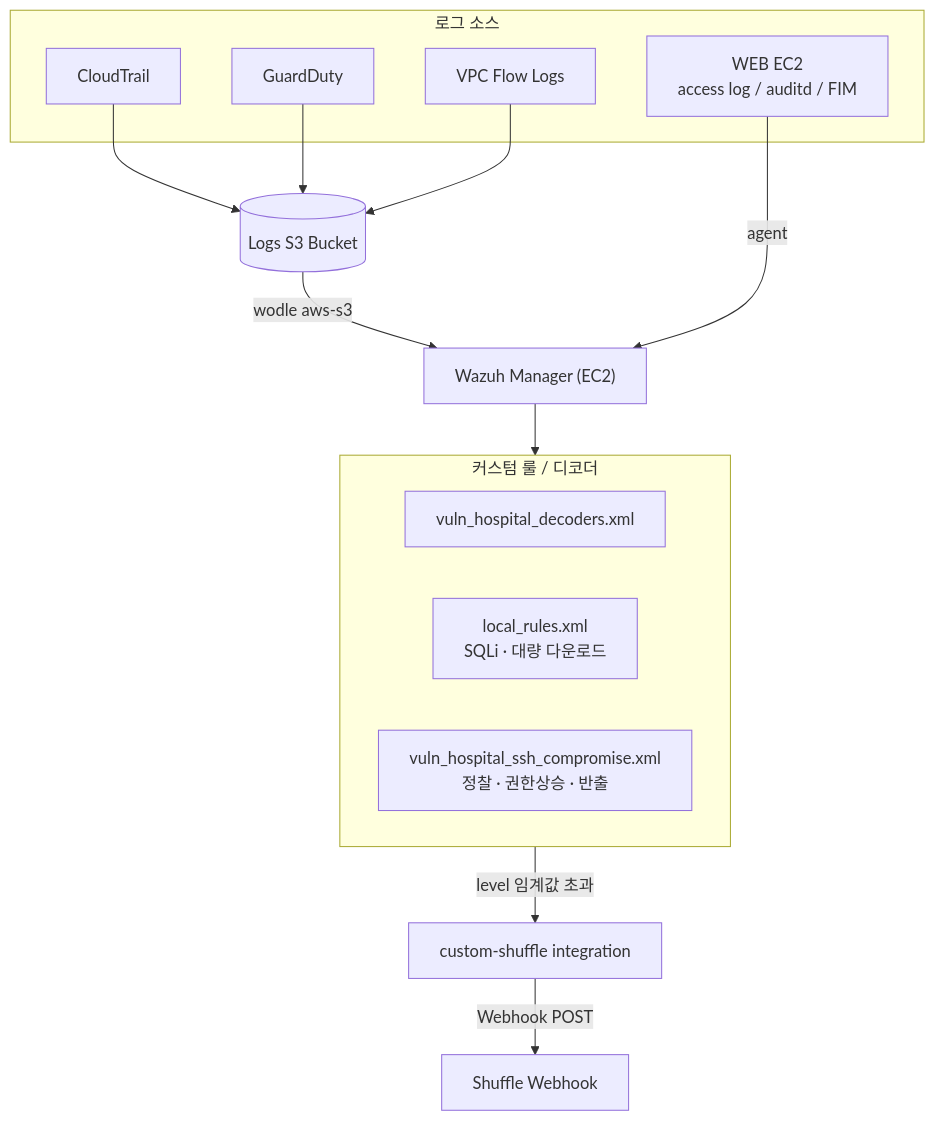
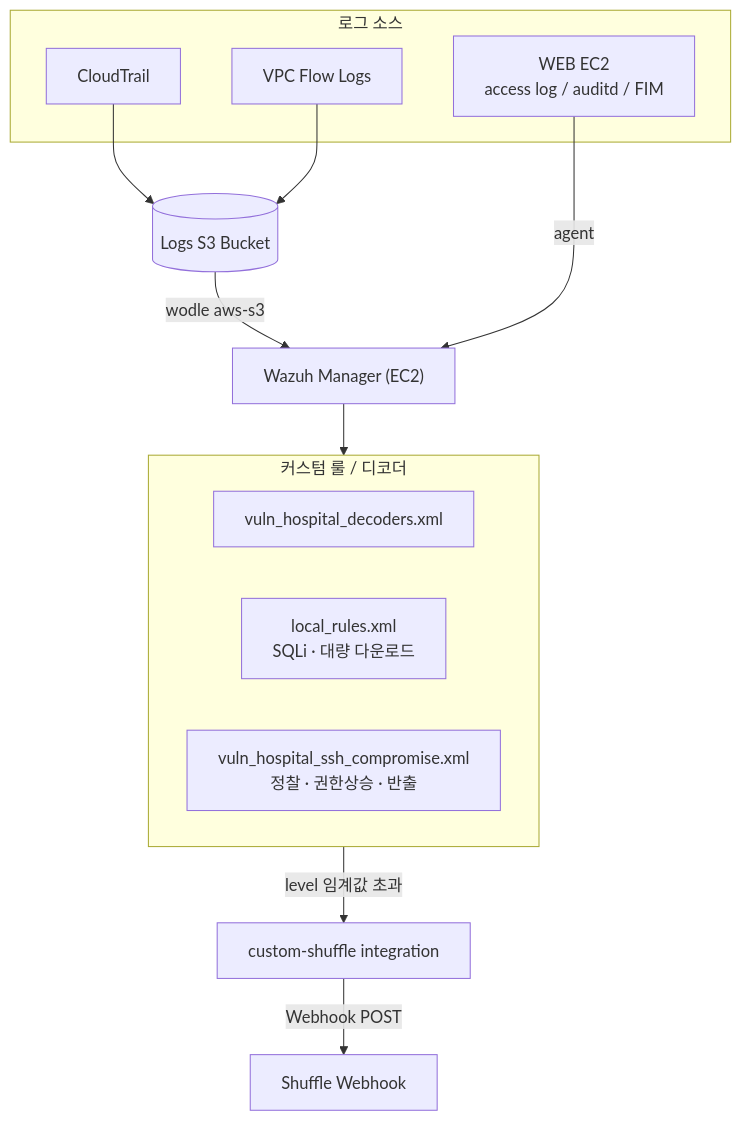
One commit to autosoc-lab/.github changed the second of 3 diagrams in profile/README.md. Above: the diagram before and after it, drawn with Mermaid. The commit also changed other lines of this file, not shown here.

Commit message:
docs: README 아키텍처 다이어그램 오류 수정 및 공격 흐름 정리

````diff
--- a/profile/README.md
+++ b/profile/README.md
@@ -92,20 +96,19 @@
 ```mermaid
 flowchart TB
     subgraph Sources["로그 소스"]
         A1["WEB EC2\naccess log / auditd / FIM"]
         A2["CloudTrail"]
-        A3["GuardDuty"]
         A4["VPC Flow Logs"]
     end
-    A2 & A3 & A4 --> S3LOGS[("Logs S3 Bucket")]
+    A2 & A4 --> S3LOGS[("Logs S3 Bucket")]
     S3LOGS -->|wodle aws-s3| WM["Wazuh Manager (EC2)"]
     A1 -->|agent| WM
     subgraph Rules["커스텀 룰 / 디코더"]
         R1["vuln_hospital_decoders.xml"]
         R2["local_rules.xml\nSQLi · 대량 다운로드"]
         R3["vuln_hospital_ssh_compromise.xml\n정찰 · 권한상승 · 반출"]
     end
     WM --> Rules
     Rules -->|level 임계값 초과| INT["custom-shuffle integration"]
     INT -->|Webhook POST| SHUFFLEHOOK["Shuffle Webhook"]
 ```
````
